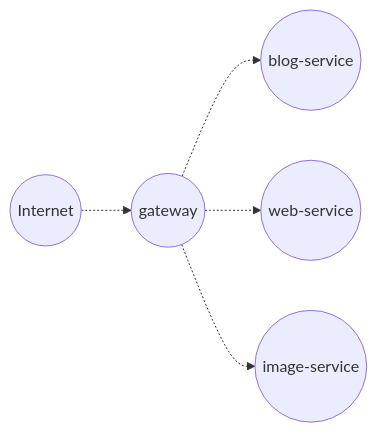
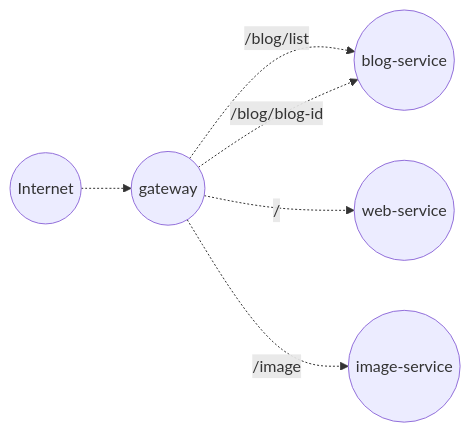
The second of 6 diagrams in cn/devecor/blog/devecorsoft-infrastructure_zh.md (DevecorSoft/blog), drawn with Mermaid before and after one commit. The commit also changed other lines of this file, not shown here.

````diff
--- a/cn/devecor/blog/devecorsoft-infrastructure_zh.md
+++ b/cn/devecor/blog/devecorsoft-infrastructure_zh.md
@@ -11,9 +41,10 @@
 ```mermaid
 flowchart LR
   gateway((gateway))
-  gateway -.-> blog-service((blog-service))
-  gateway -.-> web-service((web-service))
-  gateway -.-> image-service((image-service))
+  gateway -. /blog/list .-> blog-service((blog-service))
+  gateway -. /blog/blog-id .-> blog-service((blog-service))
+  gateway -. / .-> web-service((web-service))
+  gateway -. /image .-> image-service((image-service))
 
   internet((Internet)) -.-> gateway
 ```
````
